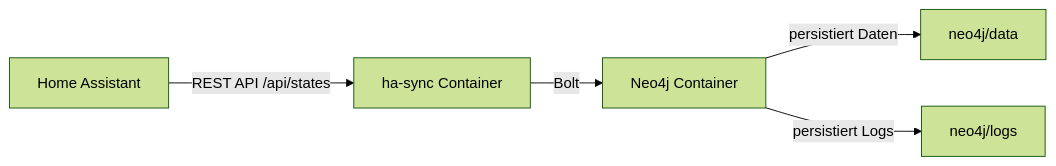
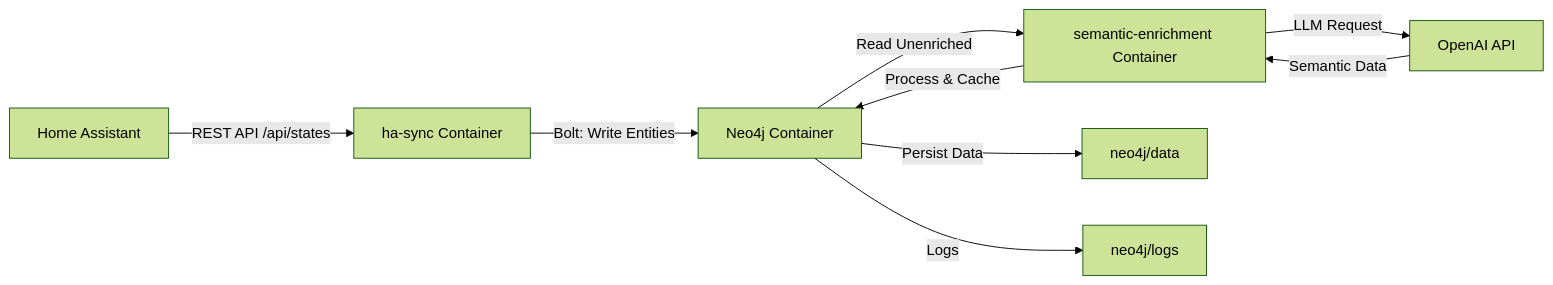
Before and after one commit to joku-dev/ha-CPsWMS: the diagram in README.md, drawn with Mermaid (forest theme). The commit also changed other lines of this file, not shown here.

First line of the commit message:
docs: enhance README with comprehensive semantic enrichment documentation

````diff
--- a/README.md
+++ b/README.md
@@ -55,13 +72,19 @@
 ```mermaid
 flowchart LR
   HA[Home Assistant]
   Sync[ha-sync Container]
   Neo4j[Neo4j Container]
+  OpenAI["OpenAI API"]
+  Enrich[semantic-enrichment Container]
   Data[neo4j/data]
   Logs[neo4j/logs]
 
   HA -->|REST API /api/states| Sync
-  Sync -->|Bolt| Neo4j
-  Neo4j -->|persistiert Daten| Data
-  Neo4j -->|persistiert Logs| Logs
+  Sync -->|Bolt: Write Entities| Neo4j
+  Neo4j -->|Read Unenriched| Enrich
+  Enrich -->|Process & Cache| Neo4j
+  Enrich -->|LLM Request| OpenAI
+  OpenAI -->|Semantic Data| Enrich
+  Neo4j -->|Persist Data| Data
+  Neo4j -->|Logs| Logs
 ```
````
